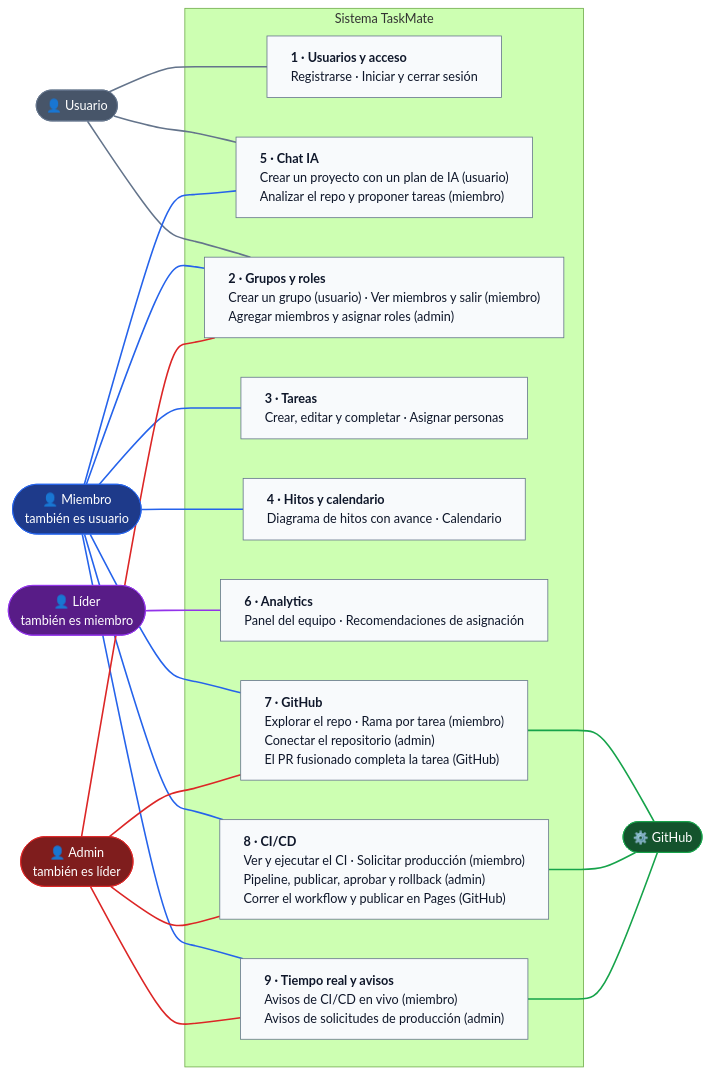
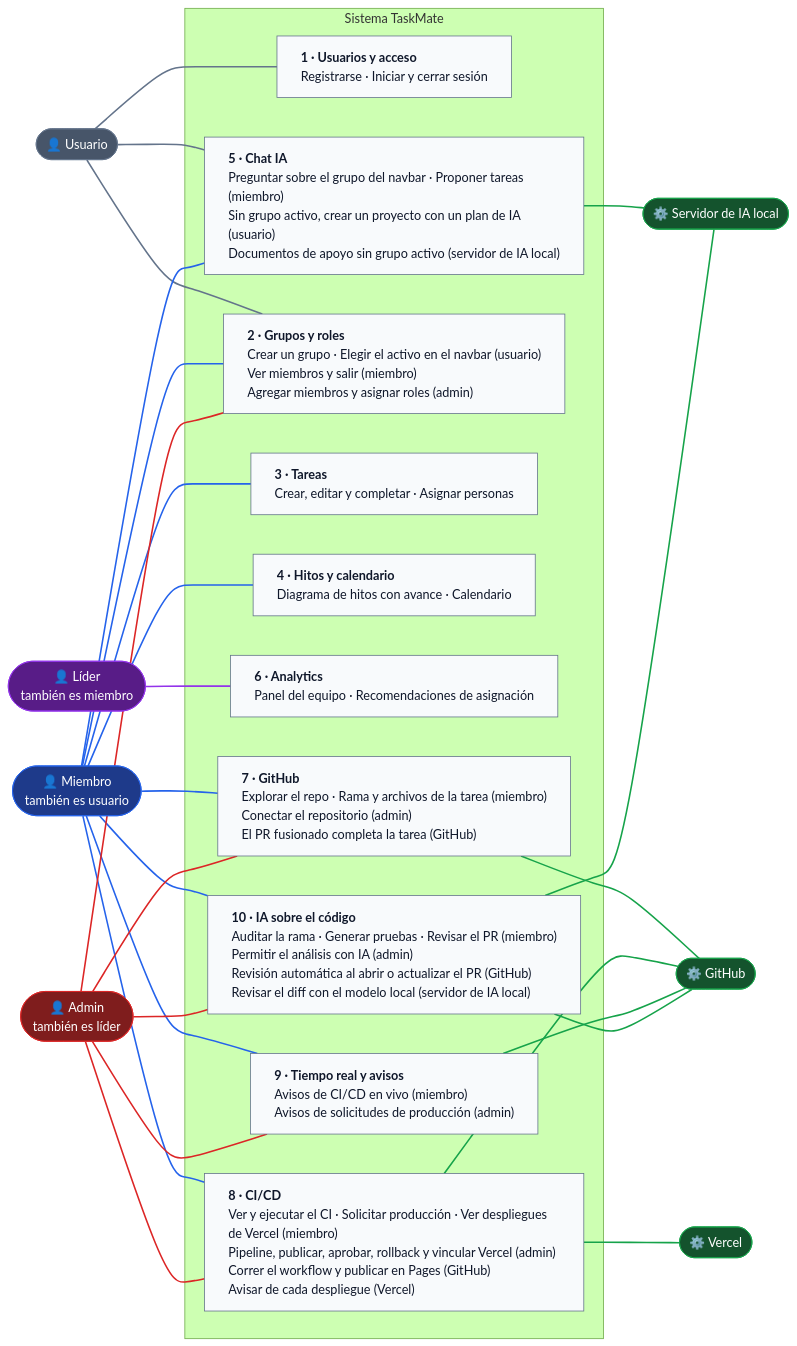
The diagram in documentacion/04-casos-de-uso/00-general.md (PabloP150/proyecto-is-cc6), drawn with Mermaid (forest theme) before and after one commit. The commit also changed other lines of this file and 204 other files, not shown here.

First line of the commit message:
docs: update all documentation, diagrams and PNGs to the test/e2e state

````diff
--- a/documentacion/04-casos-de-uso/00-general.md
+++ b/documentacion/04-casos-de-uso/00-general.md
@@ -5,48 +5,55 @@
 ```mermaid
 %%{init: {"flowchart": {"wrappingWidth": 420}}}%%
 flowchart LR
     U(["👤 Usuario"])
     M(["👤 Miembro<br/>también es usuario"])
     L(["👤 Líder<br/>también es miembro"])
     A(["👤 Admin<br/>también es líder"])
 
     subgraph TM["Sistema TaskMate"]
         P1["<b>1 · Usuarios y acceso</b><br/>Registrarse · Iniciar y cerrar sesión"]
-        P5["<b>5 · Chat IA</b><br/>Crear un proyecto con un plan de IA (usuario)<br/>Analizar el repo y proponer tareas (miembro)"]
-        P2["<b>2 · Grupos y roles</b><br/>Crear un grupo (usuario) · Ver miembros y salir (miembro)<br/>Agregar miembros y asignar roles (admin)"]
+        P5["<b>5 · Chat IA</b><br/>Preguntar sobre el grupo del navbar · Proponer tareas (miembro)<br/>Sin grupo activo, crear un proyecto con un plan de IA (usuario)<br/>Documentos de apoyo sin grupo activo (servidor de IA local)"]
+        P2["<b>2 · Grupos y roles</b><br/>Crear un grupo · Elegir el activo en el navbar (usuario)<br/>Ver miembros y salir (miembro)<br/>Agregar miembros y asignar roles (admin)"]
         P3["<b>3 · Tareas</b><br/>Crear, editar y completar · Asignar personas"]
         P4["<b>4 · Hitos y calendario</b><br/>Diagrama de hitos con avance · Calendario"]
         P6["<b>6 · Analytics</b><br/>Panel del equipo · Recomendaciones de asignación"]
-        P7["<b>7 · GitHub</b><br/>Explorar el repo · Rama por tarea (miembro)<br/>Conectar el repositorio (admin)<br/>El PR fusionado completa la tarea (GitHub)"]
-        P8["<b>8 · CI/CD</b><br/>Ver y ejecutar el CI · Solicitar producción (miembro)<br/>Pipeline, publicar, aprobar y rollback (admin)<br/>Correr el workflow y publicar en Pages (GitHub)"]
+        P7["<b>7 · GitHub</b><br/>Explorar el repo · Rama y archivos de la tarea (miembro)<br/>Conectar el repositorio (admin)<br/>El PR fusionado completa la tarea (GitHub)"]
+        P8["<b>8 · CI/CD</b><br/>Ver y ejecutar el CI · Solicitar producción · Ver despliegues de Vercel (miembro)<br/>Pipeline, publicar, aprobar, rollback y vincular Vercel (admin)<br/>Correr el workflow y publicar en Pages (GitHub)<br/>Avisar de cada despliegue (Vercel)"]
         P9["<b>9 · Tiempo real y avisos</b><br/>Avisos de CI/CD en vivo (miembro)<br/>Avisos de solicitudes de producción (admin)"]
+        P10["<b>10 · IA sobre el código</b><br/>Auditar la rama · Generar pruebas · Revisar el PR (miembro)<br/>Permitir el análisis con IA (admin)<br/>Revisión automática al abrir o actualizar el PR (GitHub)<br/>Revisar el diff con el modelo local (servidor de IA local)"]
     end
 
     GH(["⚙️ GitHub"])
+    VC(["⚙️ Vercel"])
+    AIS(["⚙️ Servidor de IA local"])
 
     U --- P1 & P5 & P2
-    M --- P5 & P2 & P3 & P4 & P7 & P8 & P9
+    M --- P5 & P2 & P3 & P4 & P7 & P8 & P9 & P10
     L --- P6
-    A --- P2 & P7 & P8 & P9
+    A --- P2 & P7 & P8 & P9 & P10
     P7 --- GH
     P8 --- GH
     P9 --- GH
+    P10 --- GH
+    P8 --- VC
+    P5 --- AIS
+    P10 --- AIS
 
     linkStyle 0,1,2 stroke:#64748b,stroke-width:2px
-    linkStyle 3,4,5,6,7,8,9 stroke:#2563eb,stroke-width:2px
-    linkStyle 10 stroke:#9333ea,stroke-width:2px
-    linkStyle 11,12,13,14 stroke:#dc2626,stroke-width:2px
-    linkStyle 15,16,17 stroke:#16a34a,stroke-width:2px
+    linkStyle 3,4,5,6,7,8,9,10 stroke:#2563eb,stroke-width:2px
+    linkStyle 11 stroke:#9333ea,stroke-width:2px
+    linkStyle 12,13,14,15,16 stroke:#dc2626,stroke-width:2px
+    linkStyle 17,18,19,20,21,22,23 stroke:#16a34a,stroke-width:2px
     classDef usr fill:#475569,stroke:#64748b,color:#ffffff
     classDef mem fill:#1e3a8a,stroke:#2563eb,color:#ffffff
     classDef lead fill:#581c87,stroke:#9333ea,color:#ffffff
     classDef adm fill:#7f1d1d,stroke:#dc2626,color:#ffffff
     classDef ext fill:#14532d,stroke:#16a34a,color:#ffffff
     classDef pkg fill:#f8fafc,stroke:#64748b,color:#0f172a,text-align:left
     class U usr
     class M mem
     class L lead
     class A adm
-    class GH ext
-    class P1,P2,P3,P4,P5,P6,P7,P8,P9 pkg
+    class GH,VC,AIS ext
+    class P1,P2,P3,P4,P5,P6,P7,P8,P9,P10 pkg
 ```
````
